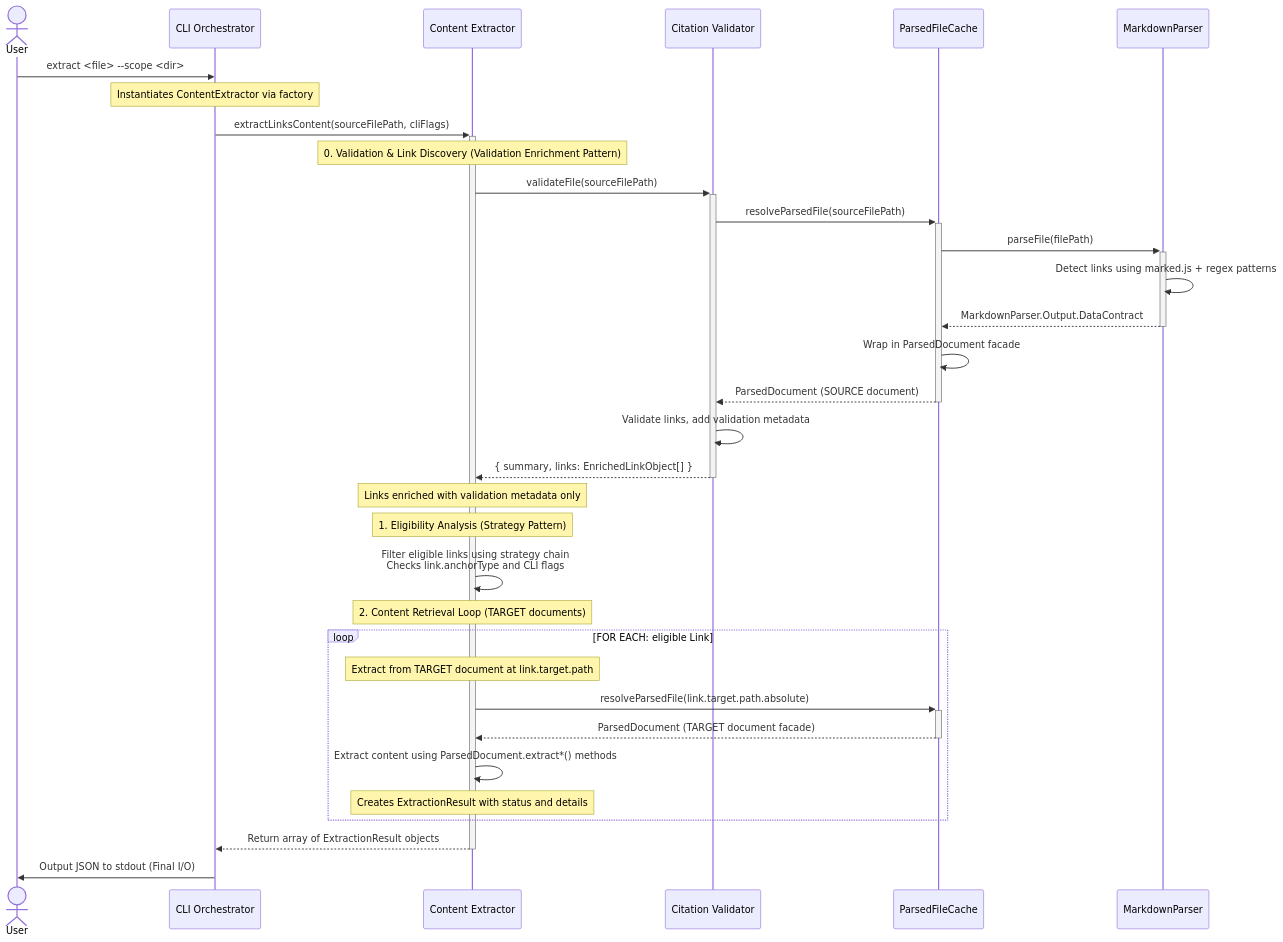
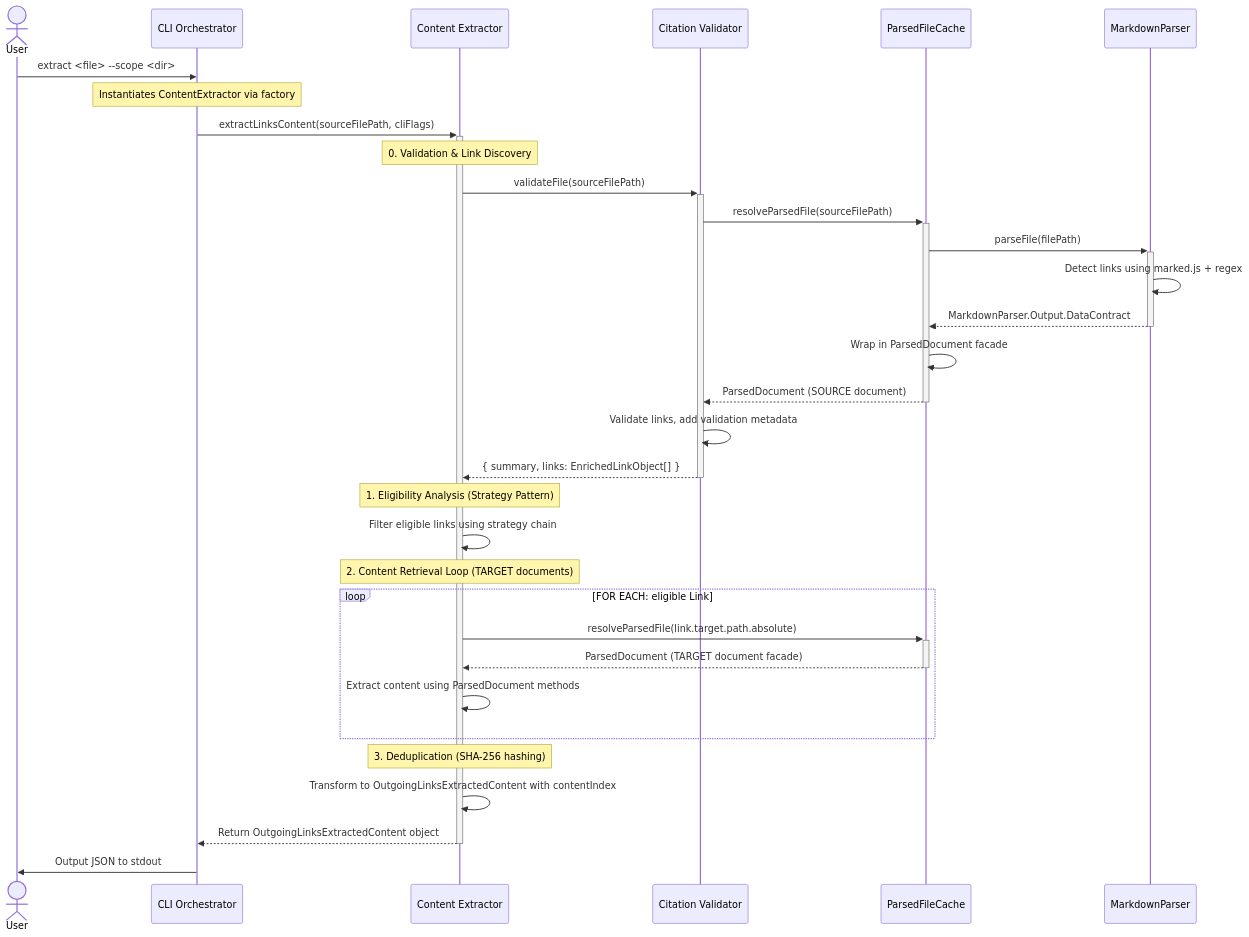
The first of 2 diagrams in tools/citation-manager/design-docs/component-guides/Content Extractor Implementation Guide.md (WesleyMFrederick/cc-workflows), drawn with Mermaid before and after one commit. The commit also changed other lines of this file and 55 other files, not shown here.

First line of the commit message:
feat(citation-manager): implement content deduplication, docs, and merge workflow

````diff
--- a/tools/citation-manager/design-docs/component-guides/Content Extractor Implementation Guide.md
+++ b/tools/citation-manager/design-docs/component-guides/Content Extractor Implementation Guide.md
@@ -187,42 +61,41 @@
 ```mermaid
 sequenceDiagram
     actor User
     participant CLI as CLI Orchestrator
     participant Extractor as Content Extractor
     participant Validator as Citation Validator
     participant ParsedCache as ParsedFileCache
     participant Parser as MarkdownParser
 
-
     User->>CLI: extract <file> --scope <dir>
     note over CLI: Instantiates ContentExtractor via factory
 
     CLI->>+Extractor: extractLinksContent(sourceFilePath, cliFlags)
 
-    note over Extractor: 0. Validation & Link Discovery (Validation Enrichment Pattern)
+    note over Extractor: 0. Validation & Link Discovery
     Extractor->>+Validator: validateFile(sourceFilePath)
     Validator->>+ParsedCache: resolveParsedFile(sourceFilePath)
     ParsedCache->>+Parser: parseFile(filePath)
-    Parser->>Parser: Detect links using marked.js + regex patterns
+    Parser->>Parser: Detect links using marked.js + regex
     Parser-->>-ParsedCache: MarkdownParser.Output.DataContract
     ParsedCache->>ParsedCache: Wrap in ParsedDocument facade
     ParsedCache-->>-Validator: ParsedDocument (SOURCE document)
     Validator->>Validator: Validate links, add validation metadata
     Validator-->>-Extractor: { summary, links: EnrichedLinkObject[] }
-    note over Extractor: Links enriched with validation metadata only
 
     note over Extractor: 1. Eligibility Analysis (Strategy Pattern)
-    Extractor->>Extractor: Filter eligible links using strategy chain<br/>Checks link.anchorType and CLI flags
+    Extractor->>Extractor: Filter eligible links using strategy chain
 
     note over Extractor: 2. Content Retrieval Loop (TARGET documents)
     loop FOR EACH: eligible Link
-        note over Extractor: Extract from TARGET document at link.target.path
         Extractor->>+ParsedCache: resolveParsedFile(link.target.path.absolute)
         ParsedCache-->>-Extractor: ParsedDocument (TARGET document facade)
-        Extractor->>Extractor: Extract content using ParsedDocument.extract*() methods
-        note over Extractor: Creates ExtractionResult with status and details
+        Extractor->>Extractor: Extract content using ParsedDocument methods
     end
 
-    Extractor-->>-CLI: Return array of ExtractionResult objects
-    CLI->>User: Output JSON to stdout (Final I/O)
+    note over Extractor: 3. Deduplication (SHA-256 hashing)
+    Extractor->>Extractor: Transform to OutgoingLinksExtractedContent with contentIndex
+
+    Extractor-->>-CLI: Return OutgoingLinksExtractedContent object
+    CLI->>User: Output JSON to stdout
 ```
````
